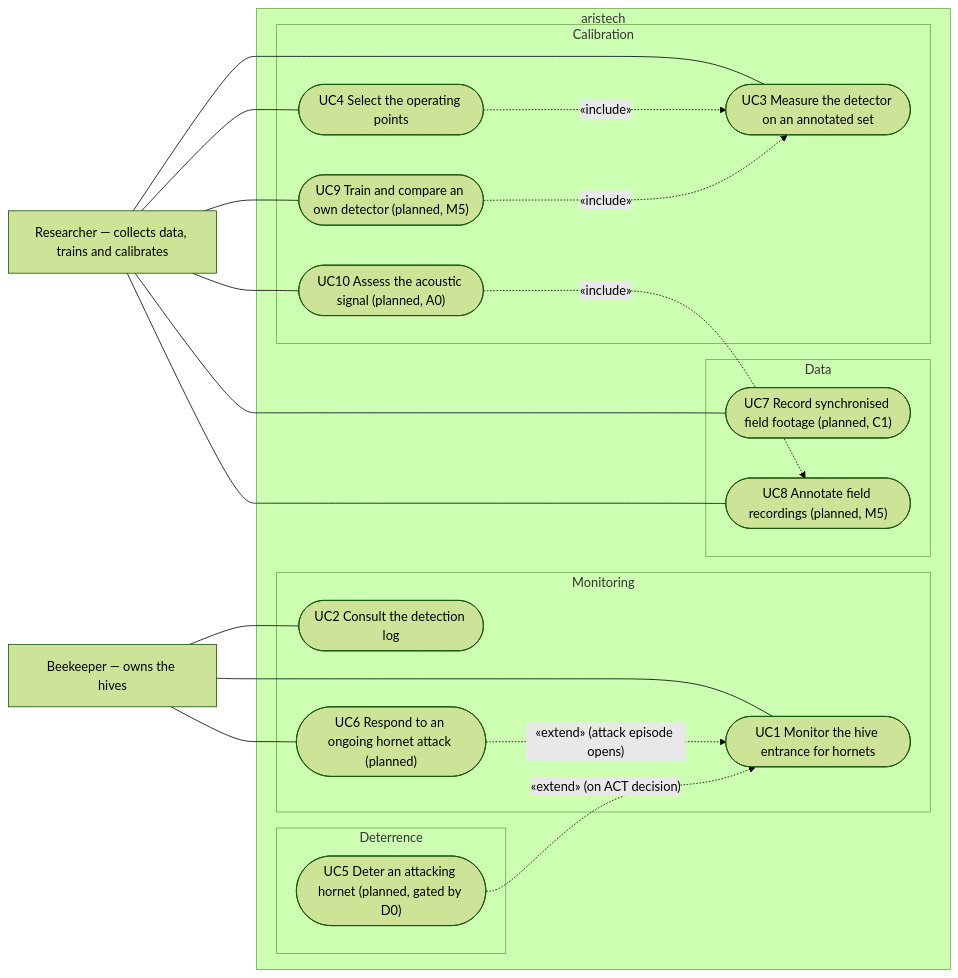
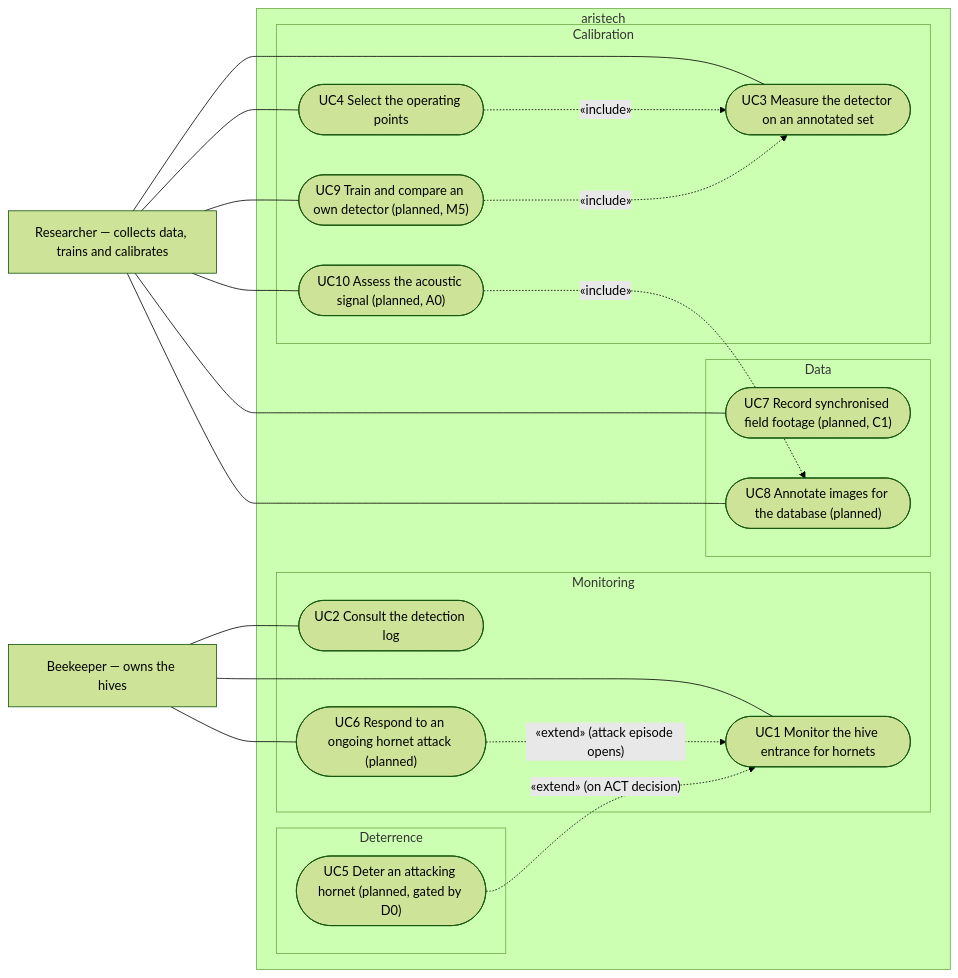
Before and after one commit to benoit-bremaud/aristech: the diagram in docs/architecture/diagrams/product/01-use-case.md, drawn with Mermaid (forest theme). The commit also changed 10 other files, not shown here.

````diff
--- a/docs/architecture/diagrams/product/01-use-case.md
+++ b/docs/architecture/diagrams/product/01-use-case.md
@@ -16,41 +16,41 @@
 ```mermaid
 flowchart LR
     Beekeeper["Beekeeper — owns the hives"]
     Researcher["Researcher — collects data, trains and calibrates"]
 
     subgraph System["aristech"]
         subgraph Monitoring
             UC1(["UC1 Monitor the hive entrance for hornets"])
             UC2(["UC2 Consult the detection log"])
             UC6(["UC6 Respond to an ongoing hornet attack (planned)"])
         end
         subgraph Data
             UC7(["UC7 Record synchronised field footage (planned, C1)"])
-            UC8(["UC8 Annotate field recordings (planned, M5)"])
+            UC8(["UC8 Annotate images for the database (planned)"])
         end
         subgraph Calibration
             UC3(["UC3 Measure the detector on an annotated set"])
             UC4(["UC4 Select the operating points"])
             UC9(["UC9 Train and compare an own detector (planned, M5)"])
             UC10(["UC10 Assess the acoustic signal (planned, A0)"])
         end
         subgraph Deterrence
             UC5(["UC5 Deter an attacking hornet (planned, gated by D0)"])
         end
     end
 
     Beekeeper --- UC1
     Beekeeper --- UC2
     Beekeeper --- UC6
     Researcher --- UC7
     Researcher --- UC8
     Researcher --- UC3
     Researcher --- UC4
     Researcher --- UC9
     Researcher --- UC10
     UC4 -. "«include»" .-> UC3
     UC9 -. "«include»" .-> UC3
     UC10 -. "«include»" .-> UC8
     UC6 -. "«extend» (attack episode opens)" .-> UC1
     UC5 -. "«extend» (on ACT decision)" .-> UC1
 ```
````
